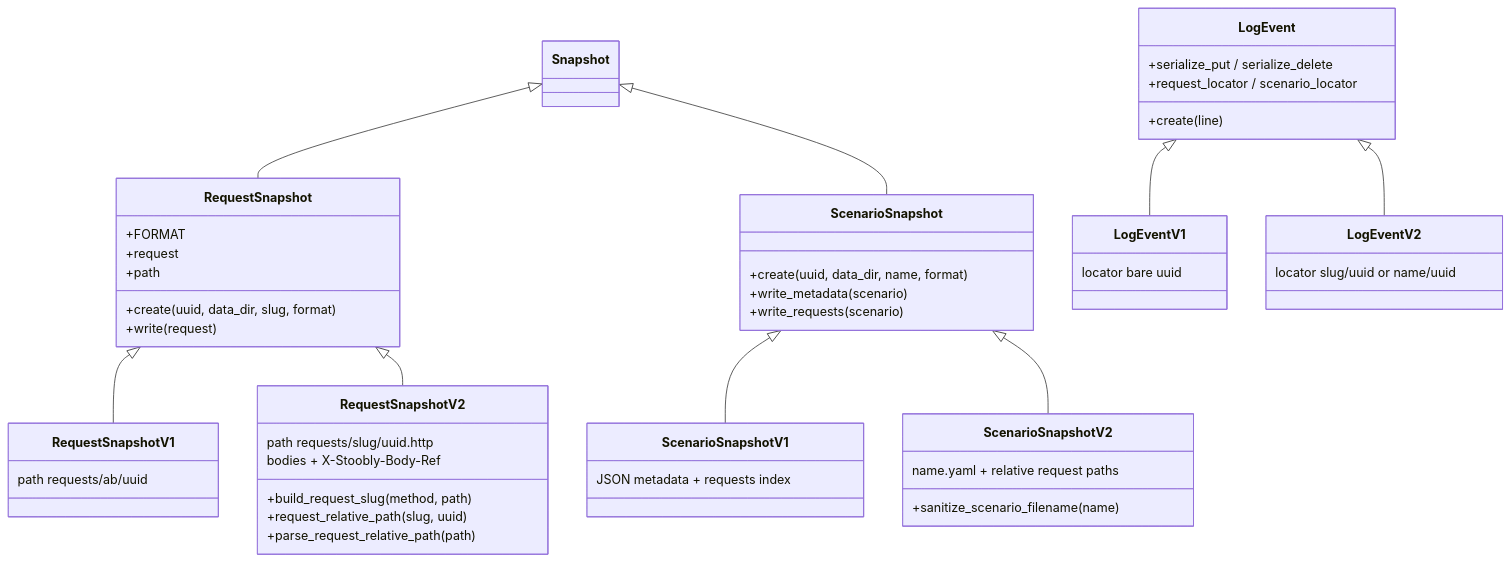
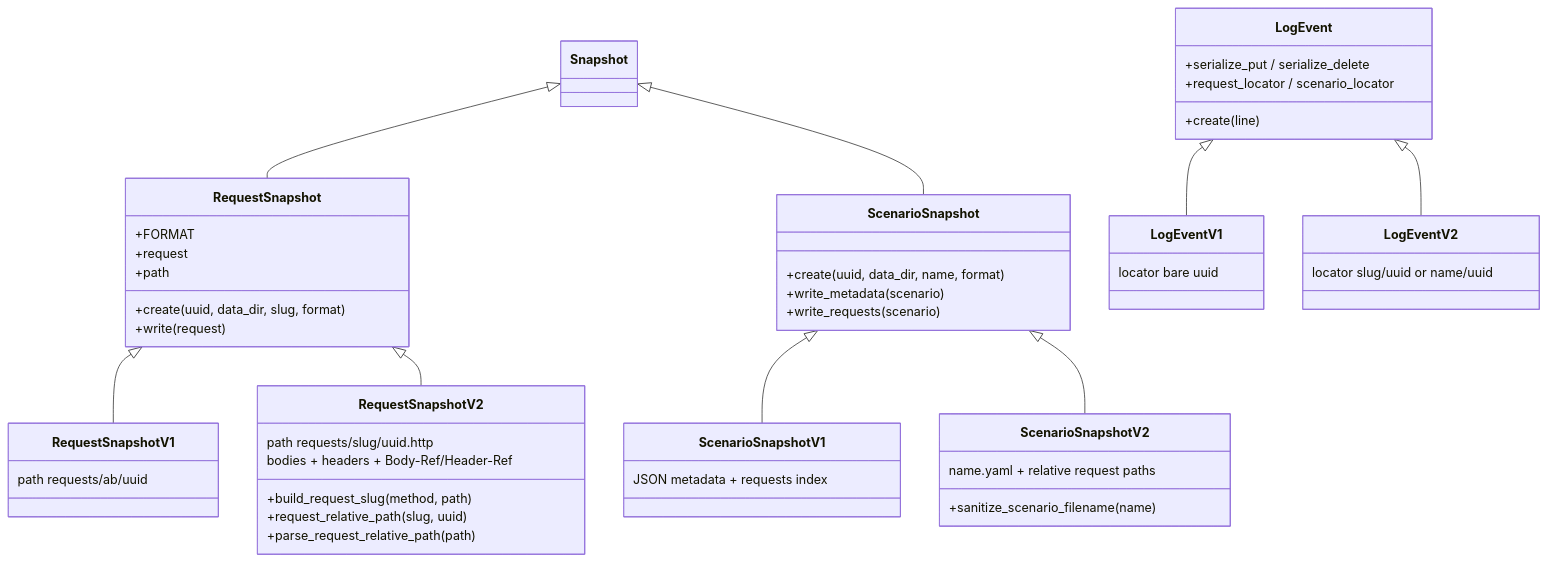
Before and after one commit to Stoobly/stoobly-agent: the second of 2 diagrams in docs/snapshot-create.md, drawn with Mermaid. The commit also changed other lines of this file and 13 other files, not shown here.

````diff
--- a/docs/snapshot-create.md
+++ b/docs/snapshot-create.md
@@ -40,52 +40,52 @@
 ```mermaid
 classDiagram
   Snapshot <|-- RequestSnapshot
   RequestSnapshot <|-- RequestSnapshotV1
   RequestSnapshot <|-- RequestSnapshotV2
   Snapshot <|-- ScenarioSnapshot
   ScenarioSnapshot <|-- ScenarioSnapshotV1
   ScenarioSnapshot <|-- ScenarioSnapshotV2
   LogEvent <|-- LogEventV1
   LogEvent <|-- LogEventV2
 
   class RequestSnapshot {
     +create(uuid, data_dir, slug, format)
     +FORMAT
     +write(request)
     +request
     +path
   }
   class RequestSnapshotV1 {
     path requests/ab/uuid
   }
   class RequestSnapshotV2 {
     +build_request_slug(method, path)
     +request_relative_path(slug, uuid)
     +parse_request_relative_path(path)
     path requests/slug/uuid.http
-    bodies + X-Stoobly-Body-Ref
+    bodies + headers + Body-Ref/Header-Ref
   }
   class ScenarioSnapshot {
     +create(uuid, data_dir, name, format)
     +write_metadata(scenario)
     +write_requests(scenario)
   }
   class ScenarioSnapshotV1 {
     JSON metadata + requests index
   }
   class ScenarioSnapshotV2 {
     +sanitize_scenario_filename(name)
     name.yaml + relative request paths
   }
   class LogEvent {
     +create(line)
     +serialize_put / serialize_delete
     +request_locator / scenario_locator
   }
   class LogEventV1 {
     locator bare uuid
   }
   class LogEventV2 {
     locator slug/uuid or name/uuid
   }
 ```
````
